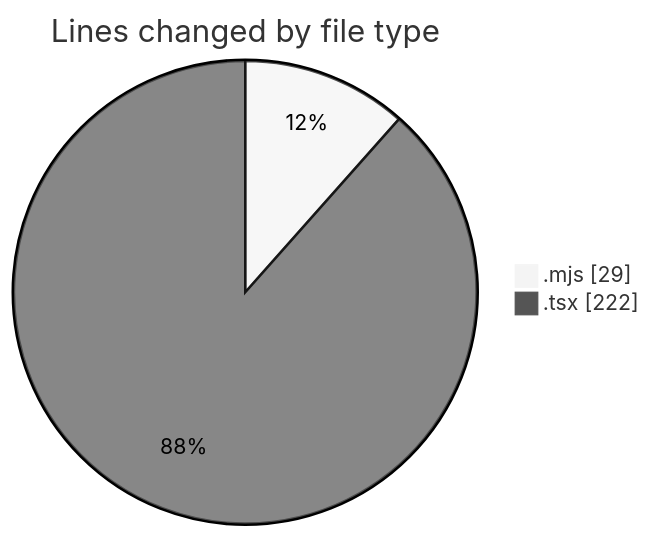
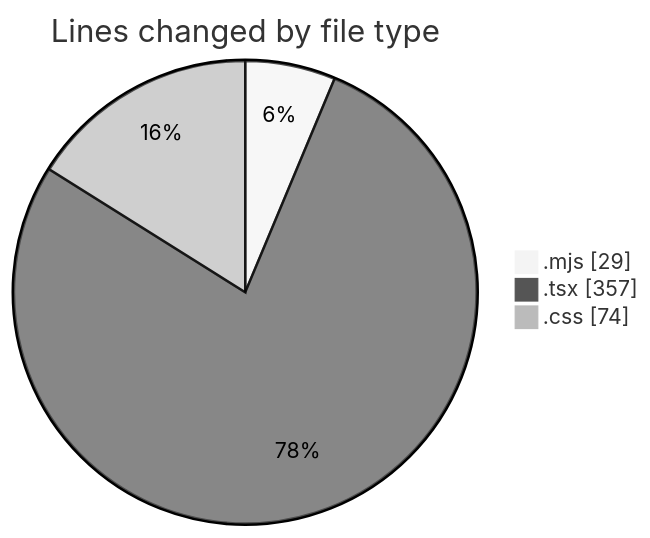
One commit to ernivani/code-tracking changed the first of 2 diagrams in 2025-01-03/impin_fr/README.md. Above: the diagram before and after it, drawn with Mermaid (neutral theme). The commit also changed other lines of this file and 4 other files, not shown here.

````diff
--- a/2025-01-03/impin_fr/README.md
+++ b/2025-01-03/impin_fr/README.md
@@ -23,6 +26,7 @@
 ```mermaid
 pie showData
 title Lines changed by file type
 ".mjs" : 29
-".tsx" : 222
+".tsx" : 357
+".css" : 74
 ```
````
